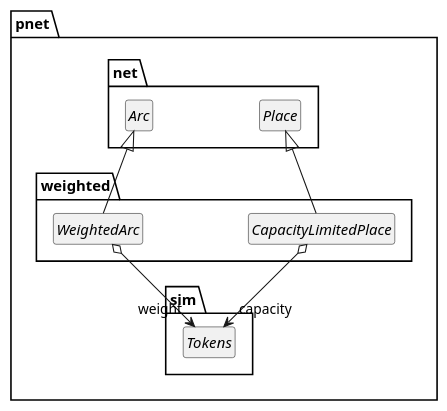
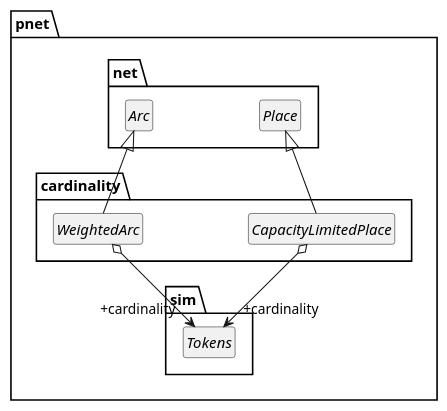
One commit to johnstonskj/rust-ptnets changed diagram 18 of 28 in doc/index.org. Above: the diagram before and after it, drawn with PlantUML. The commit also changed other lines of this file and 26 other files, not shown here.

```diff
--- a/doc/index.org
+++ b/doc/index.org
@@ -562,26 +983,27 @@
 #+BEGIN_SRC plantuml :file ptnet-model-weighted.svg
 skinparam backgroundColor transparent
 skinparam style strictuml
 skinparam linetype polyline
 skinparam nodesep 100
 
 hide empty members
 
 package pnet {
     package net {
         interface Arc
         interface Place
     }
     package sim {
         interface Tokens
     }
-    package weighted {
+    package cardinality {
         interface WeightedArc {}
         WeightedArc -up-|> Arc
-        WeightedArc o--> "weight" Tokens
+        WeightedArc o--> "+cardinality" Tokens
+
         interface CapacityLimitedPlace {}
         CapacityLimitedPlace -up-|> Place
-        CapacityLimitedPlace o--> "capacity" Tokens
+        CapacityLimitedPlace o--> "+cardinality" Tokens
     }
 }
 #+END_SRC
```
